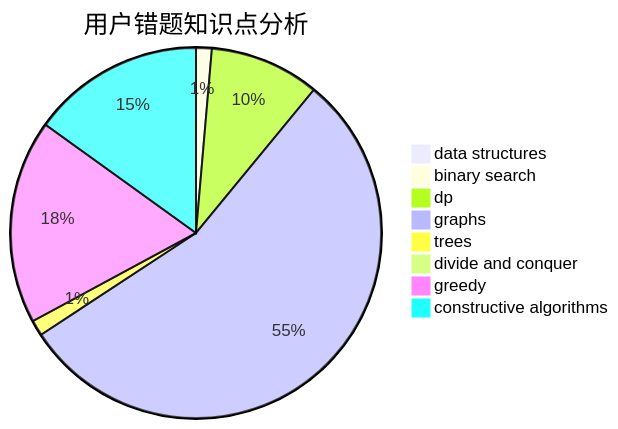
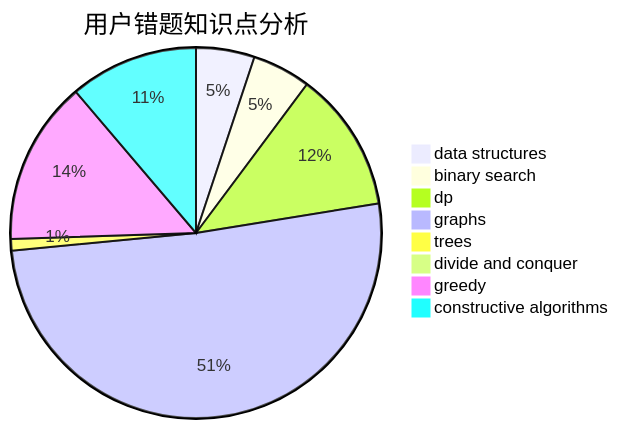
The third of 3 diagrams in docs/user/u2310.md (sherpahu/cfrs.github.io), drawn with Mermaid before and after one commit. The commit also changed other lines of this file and 2770 other files, not shown here.

````diff
--- a/docs/user/u2310.md
+++ b/docs/user/u2310.md
@@ -36,11 +36,11 @@
 ```mermaid
 pie title 用户错题知识点分析
-    "data structures" :  0
-    "binary search" :  1
-    "dp" :  7
-    "graphs" :  40
+    "data structures" :  5
+    "binary search" :  5
+    "dp" :  12
+    "graphs" :  50
     "trees" :  1
     "divide and conquer" :  0
-    "greedy" :  13
+    "greedy" :  14
     "constructive algorithms" :  11
 ```
````
